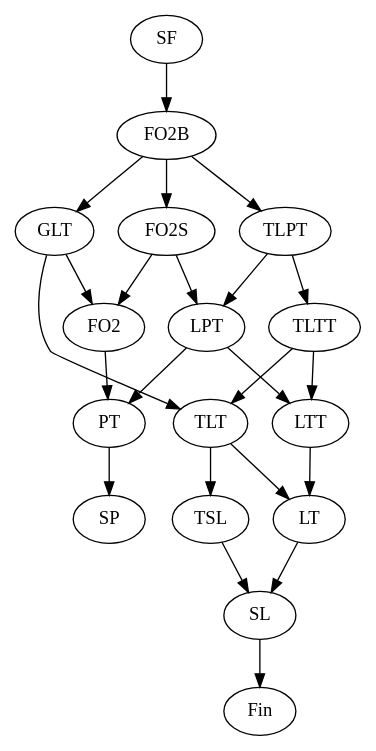
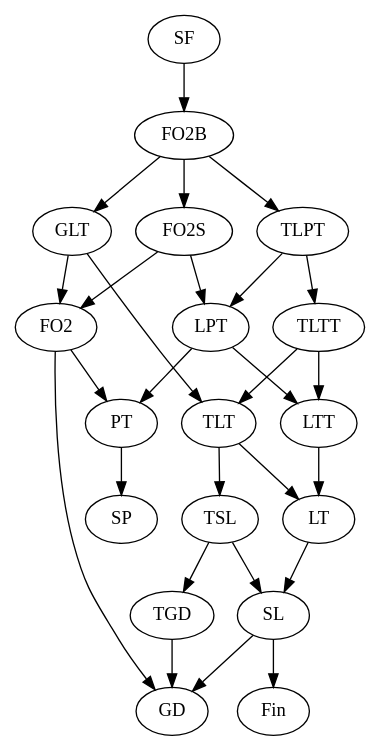
One commit to vvulpes0/Language-Toolkit-2 changed the diagram in hierarchy.dot. Above: the diagram before and after it, drawn with Graphviz. The commit also changed 4 other files, not shown here.

```diff
--- a/hierarchy.dot
+++ b/hierarchy.dot
@@ -1,24 +1,28 @@
 digraph subreg {
 SF -> FO2B;
 FO2B -> FO2S;
 FO2S -> FO2;
 FO2 -> PT;
 PT -> SP;
 LTT -> LT;
 LT -> SL;
 SL -> Fin;
 TLTT -> LTT;
 TLTT -> TLT;
 TLT -> LT;
 TLT -> TSL;
 TSL -> SL;
 FO2B -> GLT;
 GLT -> TLT;
 GLT -> FO2;
 FO2S -> LPT;
 LPT -> LTT;
 LPT -> PT;
 FO2B -> TLPT;
 TLPT -> TLTT;
 TLPT -> LPT;
+TSL -> TGD;
+TGD -> GD;
+FO2 -> GD;
+SL -> GD;
 }
```
